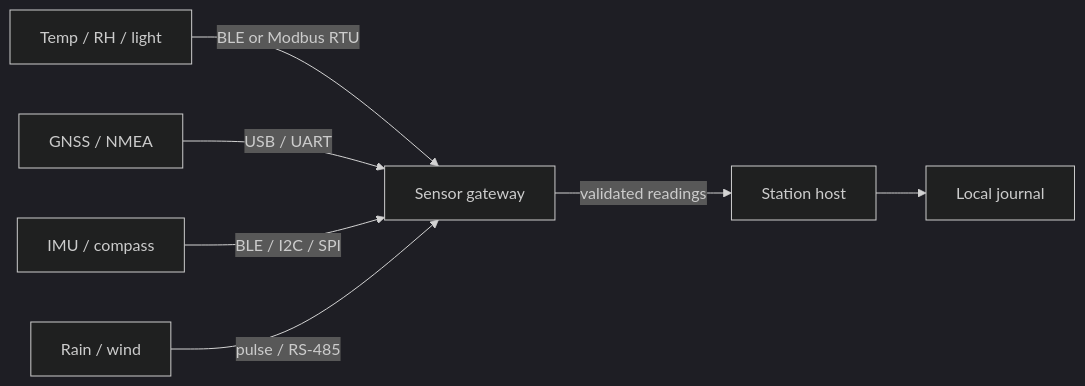
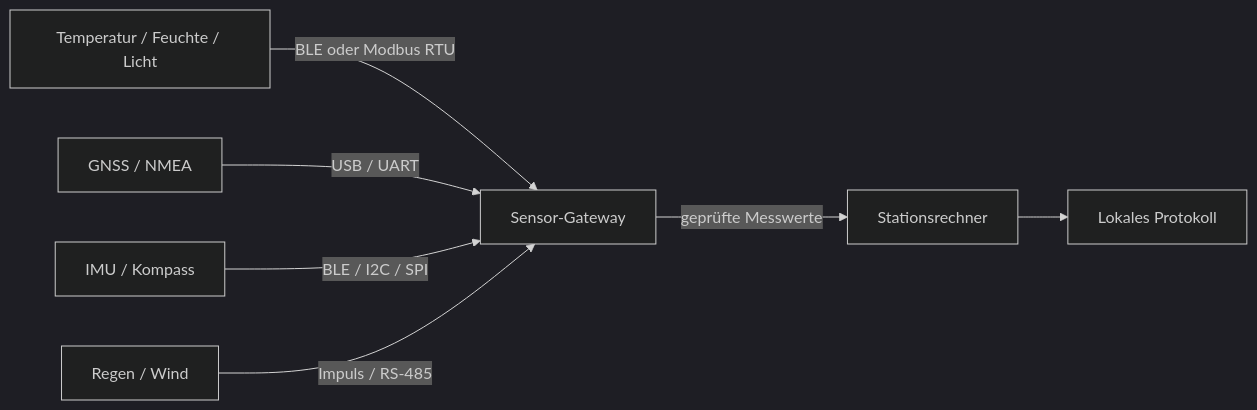
Before and after one commit to simonthomas-ai/BeeKeeper3000: the fourth of 4 diagrams in docs/HARDWARE-REFERENCE-DESIGNS.md, drawn with Mermaid (dark theme). The commit also changed other lines of this file, not shown here.

Commit message:
Hardware-Referenzentwürfe einschließlich Diagrammen und Sicherheitshinweisen ins Deutsche übersetzen

```diff
--- a/docs/HARDWARE-REFERENCE-DESIGNS.md
+++ b/docs/HARDWARE-REFERENCE-DESIGNS.md
@@ -47,9 +47,9 @@
 ~~~mermaid
 flowchart LR
-  S1[Temp / RH / light] -->|BLE or Modbus RTU| HUB[Sensor gateway]
+  S1[Temperatur / Feuchte / Licht] -->|BLE oder Modbus RTU| HUB[Sensor-Gateway]
   S2[GNSS / NMEA] -->|USB / UART| HUB
-  S3[IMU / compass] -->|BLE / I2C / SPI| HUB
-  S4[Rain / wind] -->|pulse / RS-485| HUB
-  HUB -->|validated readings| EDGE[Station host]
-  EDGE --> DB[Local journal]
+  S3[IMU / Kompass] -->|BLE / I2C / SPI| HUB
+  S4[Regen / Wind] -->|Impuls / RS-485| HUB
+  HUB -->|geprüfte Messwerte| EDGE[Stationsrechner]
+  EDGE --> DB[Lokales Protokoll]
 ~~~
```
